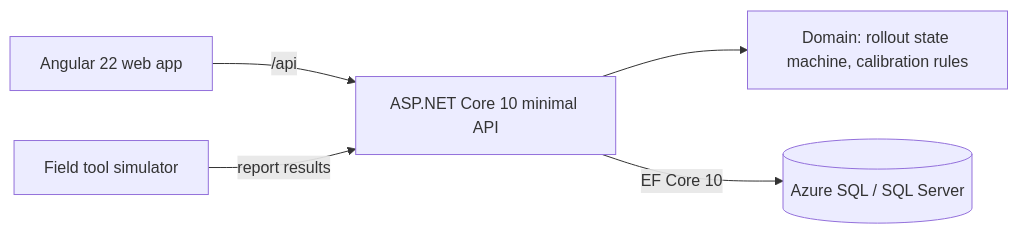
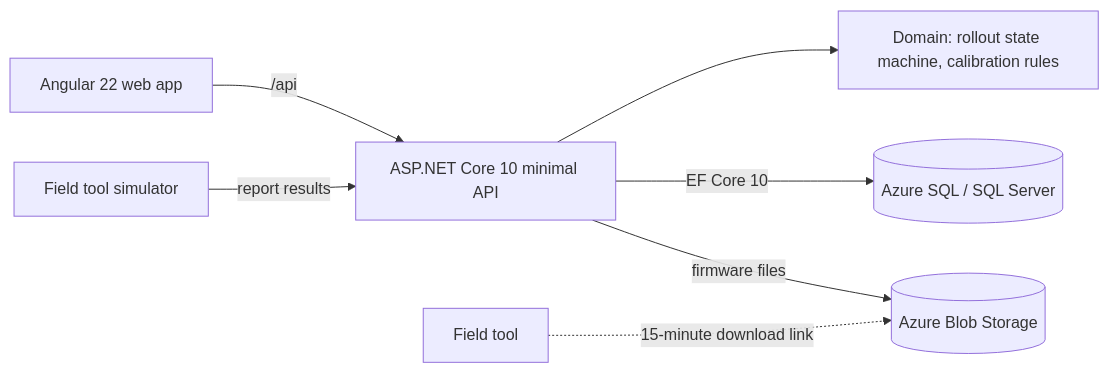
One commit to hussenoloyede/tool-fleet changed the diagram in README.md. Above: the diagram before and after it, drawn with Mermaid. The commit also changed other lines of this file and 30 other files, not shown here.

Commit message:
Upload firmware files to Blob Storage with SHA-256 and expiring download links

````diff
--- a/README.md
+++ b/README.md
@@ -11,7 +11,9 @@
 ```mermaid
 flowchart LR
     UI[Angular 22 web app] -- /api --> API[ASP.NET Core 10 minimal API]
     SIM[Field tool simulator] -- report results --> API
     API --> DOM[Domain: rollout state machine, calibration rules]
     API -- EF Core 10 --> DB[(Azure SQL / SQL Server)]
+    API -- firmware files --> BLOB[(Azure Blob Storage)]
+    TOOL[Field tool] -. 15-minute download link .-> BLOB
 ```
````
